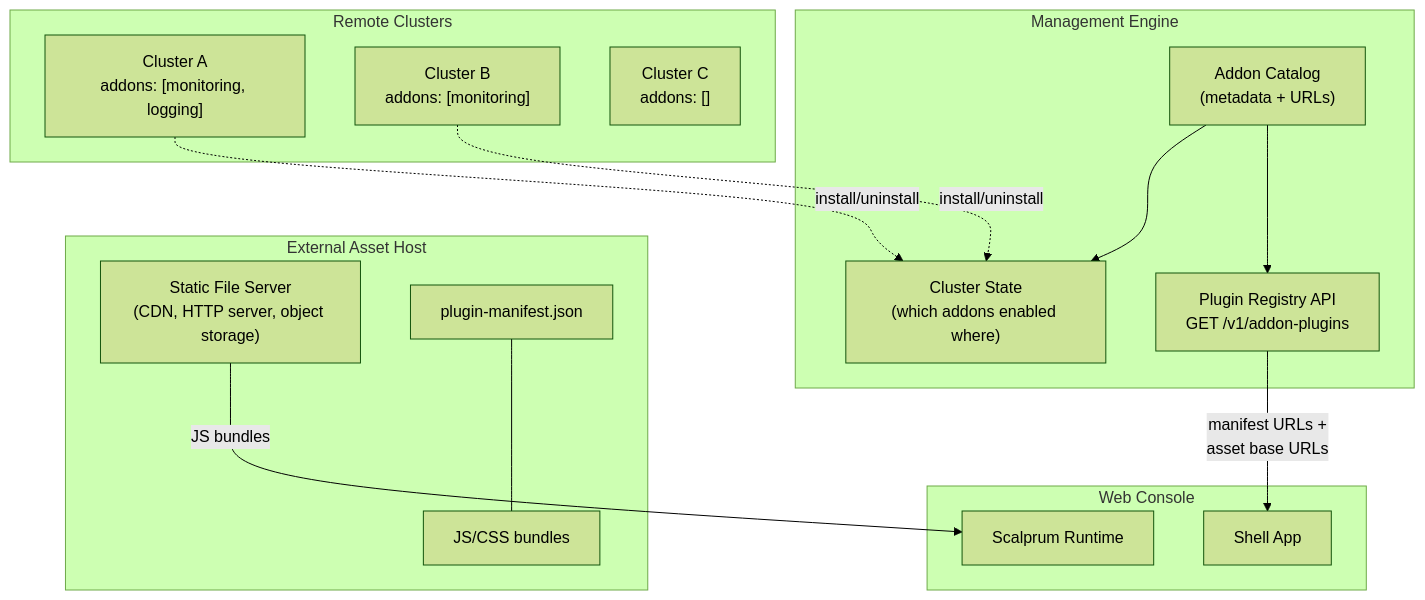
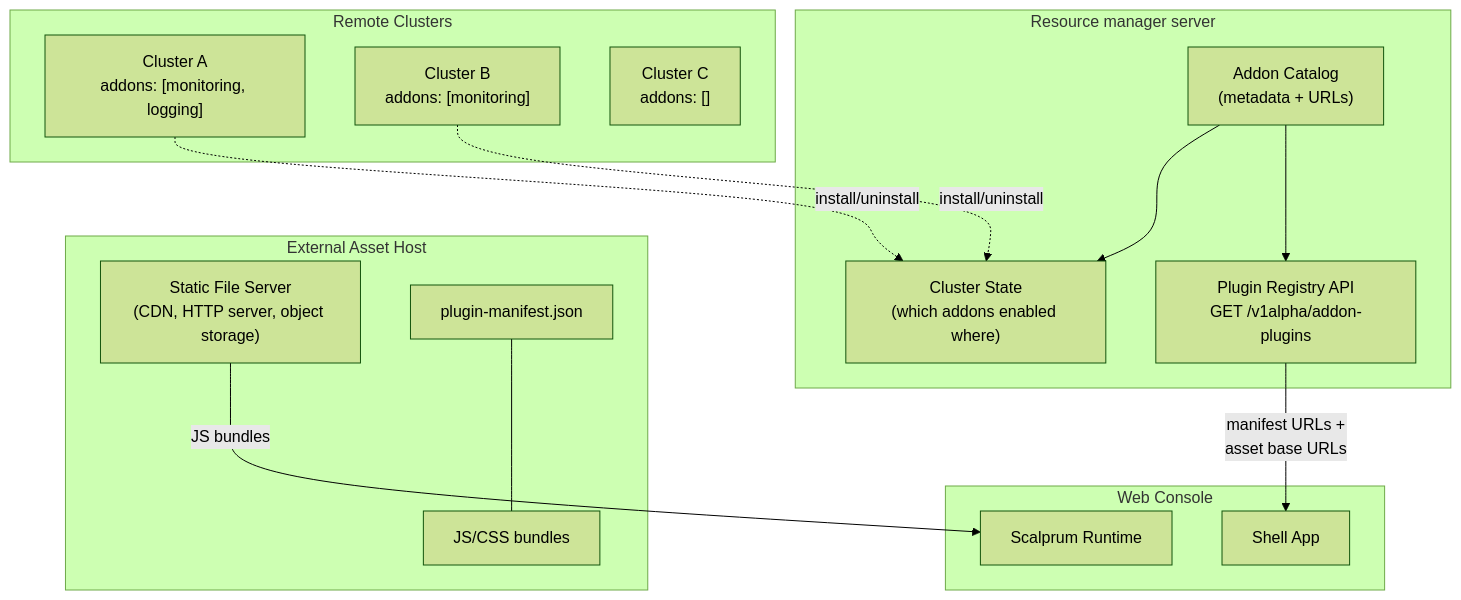
The second of 11 diagrams in docs/design/addon-ui-architecture.md (fleetshift/fleetshift-poc), drawn with Mermaid (forest theme) before and after one commit. The commit also changed other lines of this file and 1079 other files, not shown here.

````diff
--- a/docs/design/addon-ui-architecture.md
+++ b/docs/design/addon-ui-architecture.md
@@ -190,35 +190,35 @@
 ```mermaid
 graph TD
-    subgraph Engine["Management Engine"]
+    subgraph ResourceManager["Resource manager server"]
         CAT["Addon Catalog<br/>(metadata + URLs)"]
         STATE["Cluster State<br/>(which addons enabled where)"]
-        API["Plugin Registry API<br/>GET /v1/addon-plugins"]
+        API["Plugin Registry API<br/>GET /v1alpha/addon-plugins"]
 
         CAT --> STATE
         CAT --> API
     end
 
     subgraph AssetHost["External Asset Host"]
         CDN["Static File Server<br/>(CDN, HTTP server, object storage)"]
         MANIFEST["plugin-manifest.json"]
         JS["JS/CSS bundles"]
 
         MANIFEST --- JS
     end
 
     subgraph Clusters["Remote Clusters"]
         C1["Cluster A<br/>addons: [monitoring, logging]"]
         C2["Cluster B<br/>addons: [monitoring]"]
         C3["Cluster C<br/>addons: []"]
     end
 
     subgraph Browser["Web Console"]
         SHELL["Shell App"]
         SCALPRUM["Scalprum Runtime"]
     end
 
     API -->|"manifest URLs +<br/>asset base URLs"| SHELL
     CDN -->|"JS bundles"| SCALPRUM
     C1 -.->|"install/uninstall"| STATE
     C2 -.->|"install/uninstall"| STATE
 ```
````
